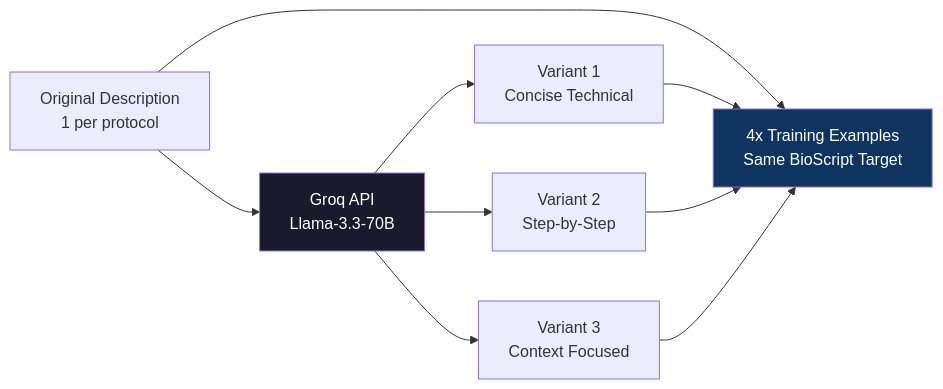
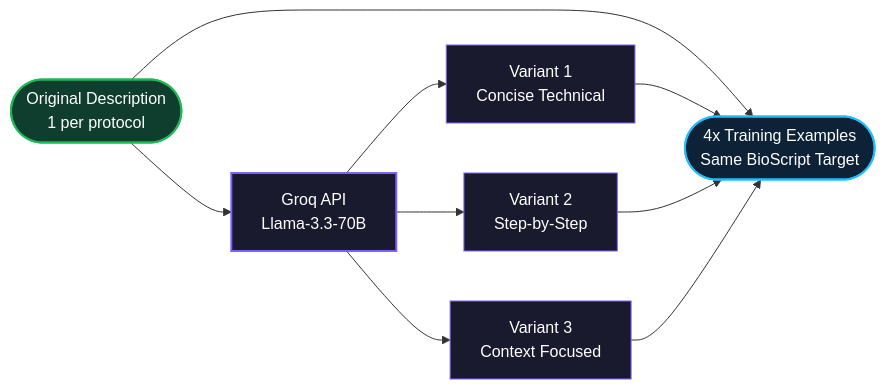
One commit to IshanGain/BioGPT changed the fourth of 5 diagrams in README.md. Above: the diagram before and after it, drawn with Mermaid. The commit also changed other lines of this file, not shown here.

````diff
--- a/README.md
+++ b/README.md
@@ -174,11 +412,15 @@
 ```mermaid
 flowchart LR
-    A[Original Description\n1 per protocol] --> B[Groq API\nLlama-3.3-70B]
+    A([Original Description\n1 per protocol]) --> B[Groq API\nLlama-3.3-70B]
     B --> C[Variant 1\nConcise Technical]
     B --> D[Variant 2\nStep-by-Step]
     B --> E[Variant 3\nContext Focused]
-    A & C & D & E --> F[4x Training Examples\nSame BioScript Target]
+    A & C & D & E --> F([4x Training Examples\nSame BioScript Target])
 
-    style B fill:#1a1a2e,color:#fff
-    style F fill:#0f3460,color:#fff
+    style A fill:#0f3d2e,color:#fff,stroke:#1DB954,stroke-width:2px
+    style F fill:#0d2137,color:#fff,stroke:#20BEFF,stroke-width:2px
+    style B fill:#1a1a2e,color:#fff,stroke:#7B61FF,stroke-width:2px
+    style C fill:#1a1a2e,color:#fff,stroke:#7B61FF,stroke-width:1px
+    style D fill:#1a1a2e,color:#fff,stroke:#7B61FF,stroke-width:1px
+    style E fill:#1a1a2e,color:#fff,stroke:#7B61FF,stroke-width:1px
 ```
````
